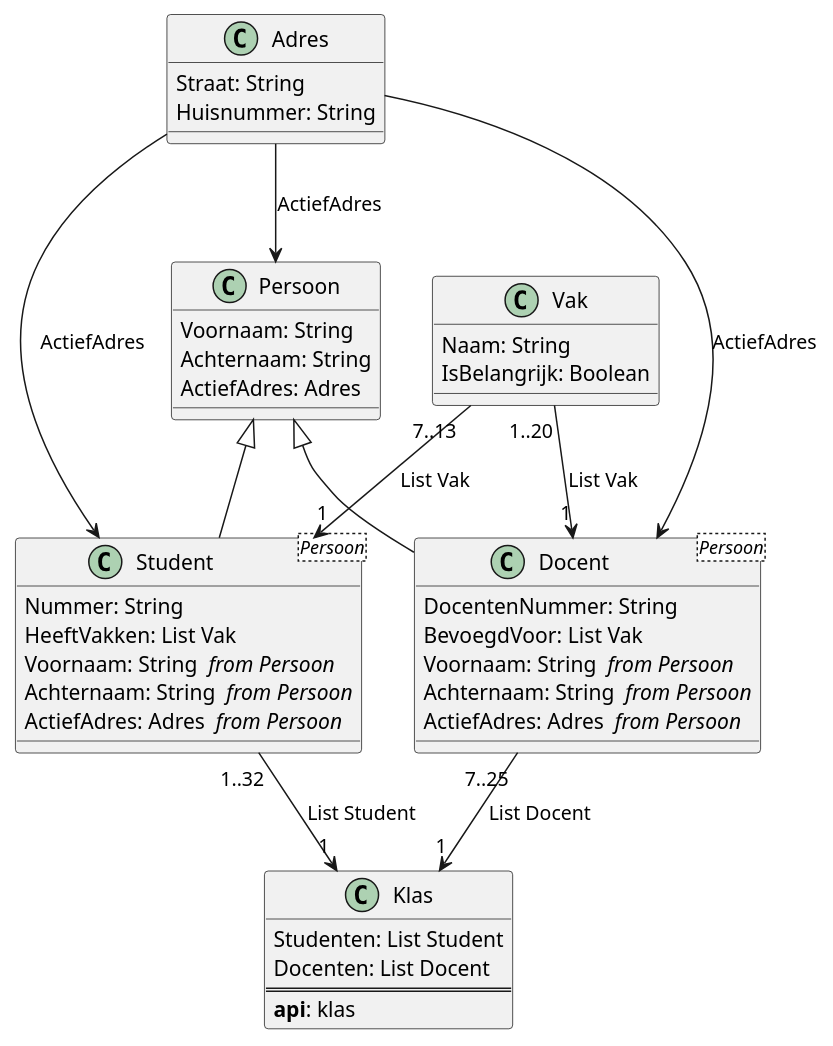
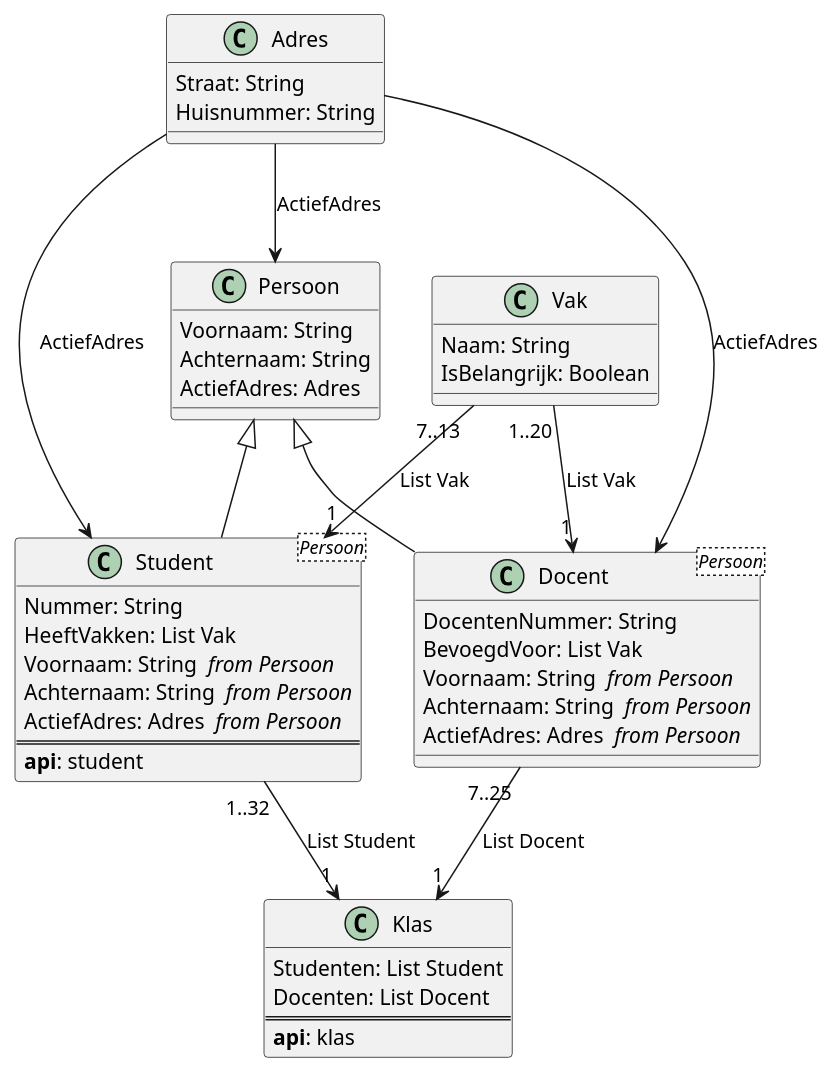
Before and after one commit to Baudin999/car-lang: the diagram in Examples/output/v0.0.1/School/School.puml, drawn with PlantUML. The commit also changed 34 other files, not shown here.

Commit message:
Working on multiple JSON Schemas from one document

```diff
--- a/Examples/output/v0.0.1/School/School.puml
+++ b/Examples/output/v0.0.1/School/School.puml
@@ -1,42 +1,44 @@
 class "Klas" as Klas  {
 	Studenten: List Student
 	Docenten: List Docent
 ===
   <b>api</b>: klas
 }
 Student "1..32" --> "1" Klas : List Student
 Docent "7..25" --> "1" Klas : List Docent
 class "Student " as Student <Persoon> {
 	Nummer: String 
 	HeeftVakken: List Vak
 	Voornaam: String  <i>from Persoon</i>
 	Achternaam: String  <i>from Persoon</i>
 	ActiefAdres: Adres  <i>from Persoon</i>
+===
+  <b>api</b>: student
 }
 Adres --> Student : ActiefAdres
 Vak "7..13" --> "1" Student : List Vak
 Persoon <|-- Student
 class "Docent " as Docent <Persoon> {
 	DocentenNummer: String 
 	BevoegdVoor: List Vak
 	Voornaam: String  <i>from Persoon</i>
 	Achternaam: String  <i>from Persoon</i>
 	ActiefAdres: Adres  <i>from Persoon</i>
 }
 Adres --> Docent : ActiefAdres
 Vak "1..20" --> "1" Docent : List Vak
 Persoon <|-- Docent
 class "Persoon" as Persoon  {
 	Voornaam: String 
 	Achternaam: String 
 	ActiefAdres: Adres 
 }
 Adres --> Persoon : ActiefAdres
 class "Adres" as Adres  {
 	Straat: String 
 	Huisnummer: String 
 }
 class "Vak" as Vak  {
 	Naam: String 
 	IsBelangrijk: Boolean 
 }
```
